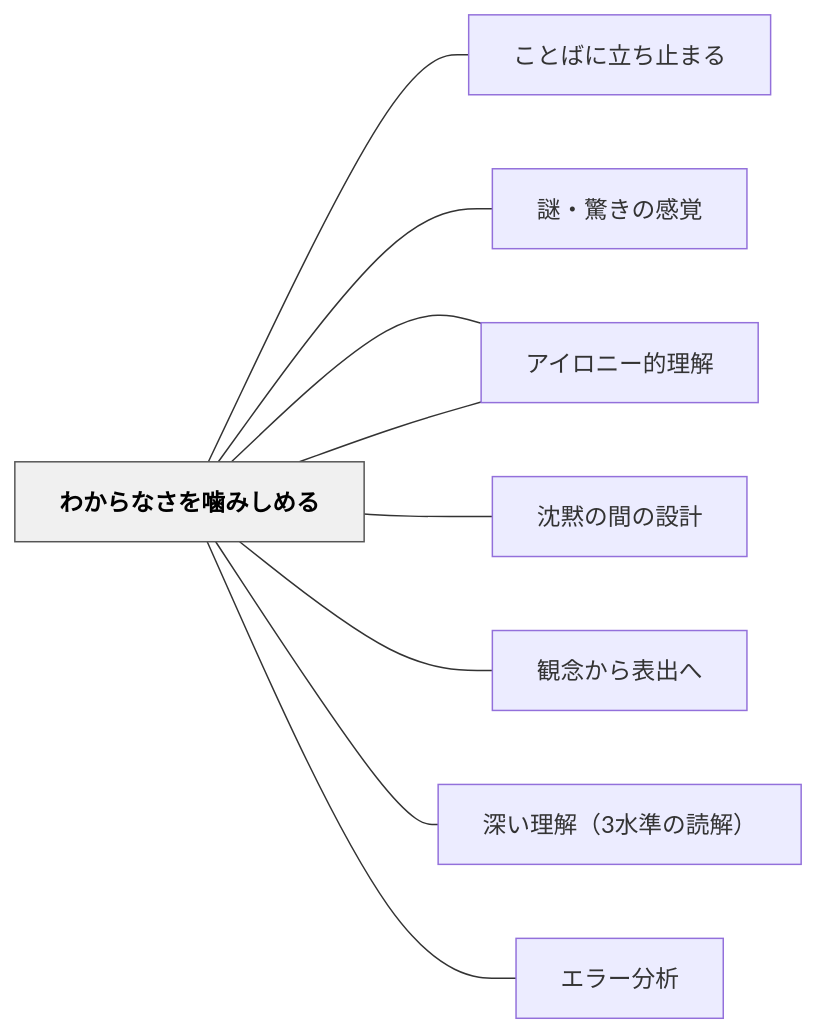
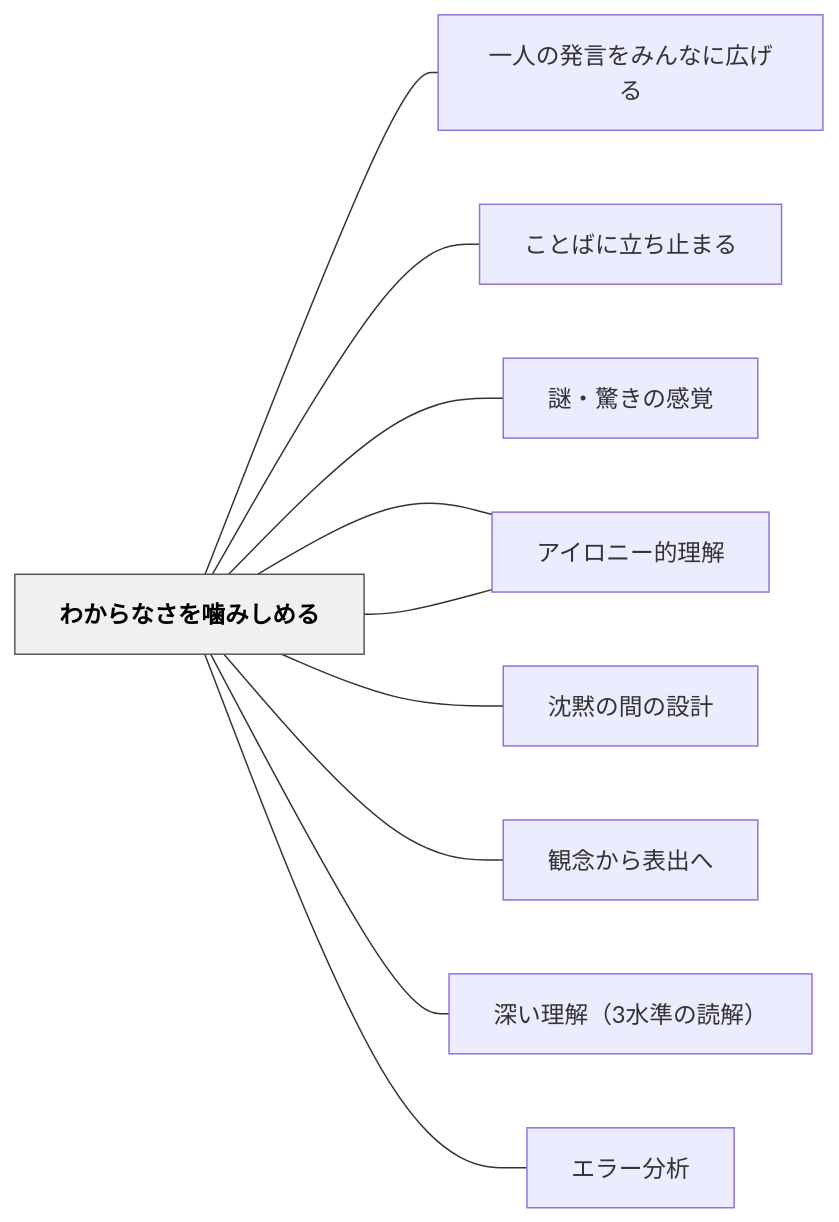
One commit to unknownthings-ed-patterns/unknownthings-ed-patterns changed the diagram in content/パタン/わからなさを噛みしめる.md. Above: the diagram before and after it, drawn with Mermaid. The commit also changed other lines of this file and 473 other files, not shown here.

````diff
--- a/content/パタン/わからなさを噛みしめる.md
+++ b/content/パタン/わからなさを噛みしめる.md
@@ -94,24 +94,26 @@
 ```mermaid
 flowchart LR
     ne3828fe3818b["わからなさを噛みしめる"]
+    ne4b880e4baba["一人の発言をみんなに広げる"]
     ne38193e381a8["ことばに立ち止まる"]
     ne8ac8ee383bb["謎・驚きの感覚"]
     ne382a2e382a4["アイロニー"]
     ne6b288e9bb99["沈黙の間の設計"]
     ne8a6b3e5bfb5["観念から表出へ"]
     ne6b7b1e38184["深い理解（3水準の読解）"]
     ne382a2e382a4["アイロニー的理解"]
     ne382a8e383a9["エラー分析"]
 
+    ne3828fe3818b --- ne4b880e4baba
     ne3828fe3818b --- ne38193e381a8
     ne3828fe3818b --- ne8ac8ee383bb
     ne3828fe3818b --- ne382a2e382a4
     ne3828fe3818b --- ne6b288e9bb99
     ne3828fe3818b --- ne8a6b3e5bfb5
     ne3828fe3818b --- ne6b7b1e38184
     ne3828fe3818b --- ne382a2e382a4
     ne3828fe3818b --- ne382a8e383a9
 
     classDef hub fill:#f0f0f0,stroke:#555,color:#000,font-weight:bold
     class ne3828fe3818b hub
 ```
````
